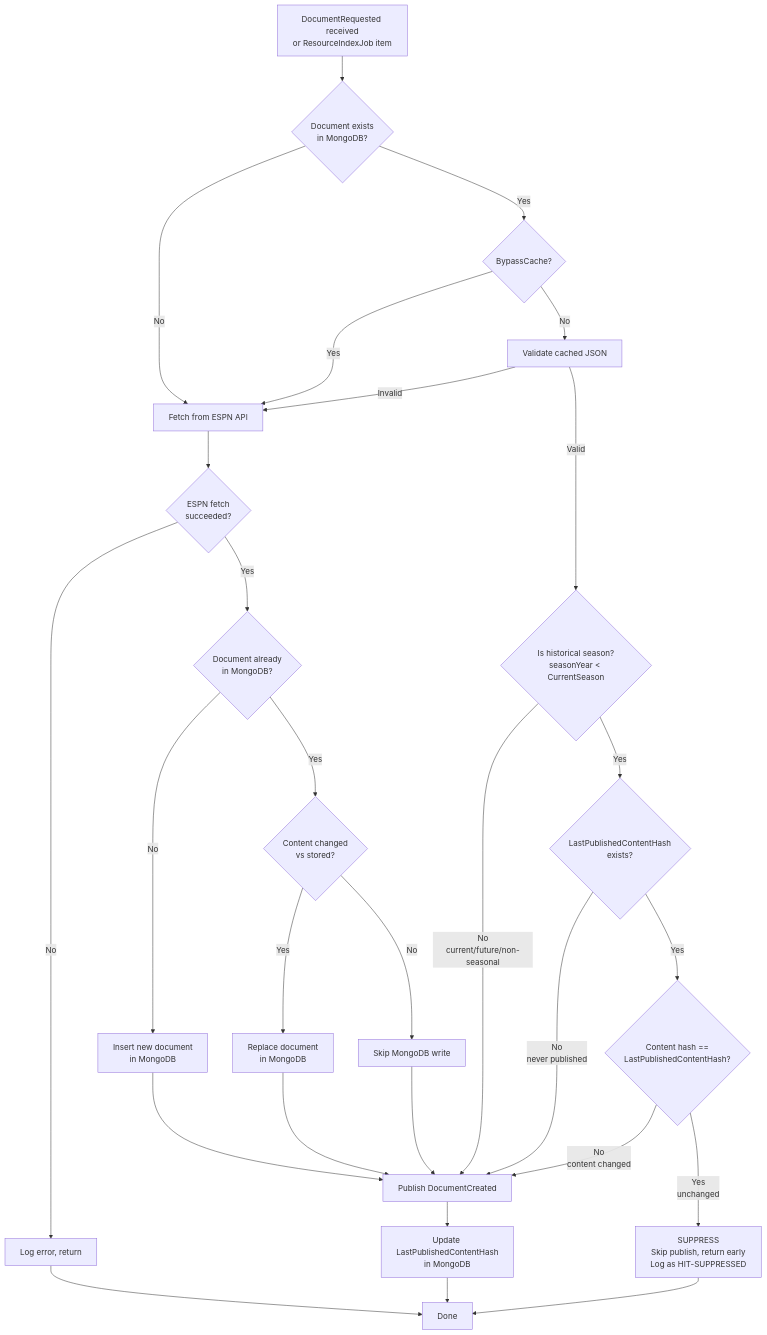
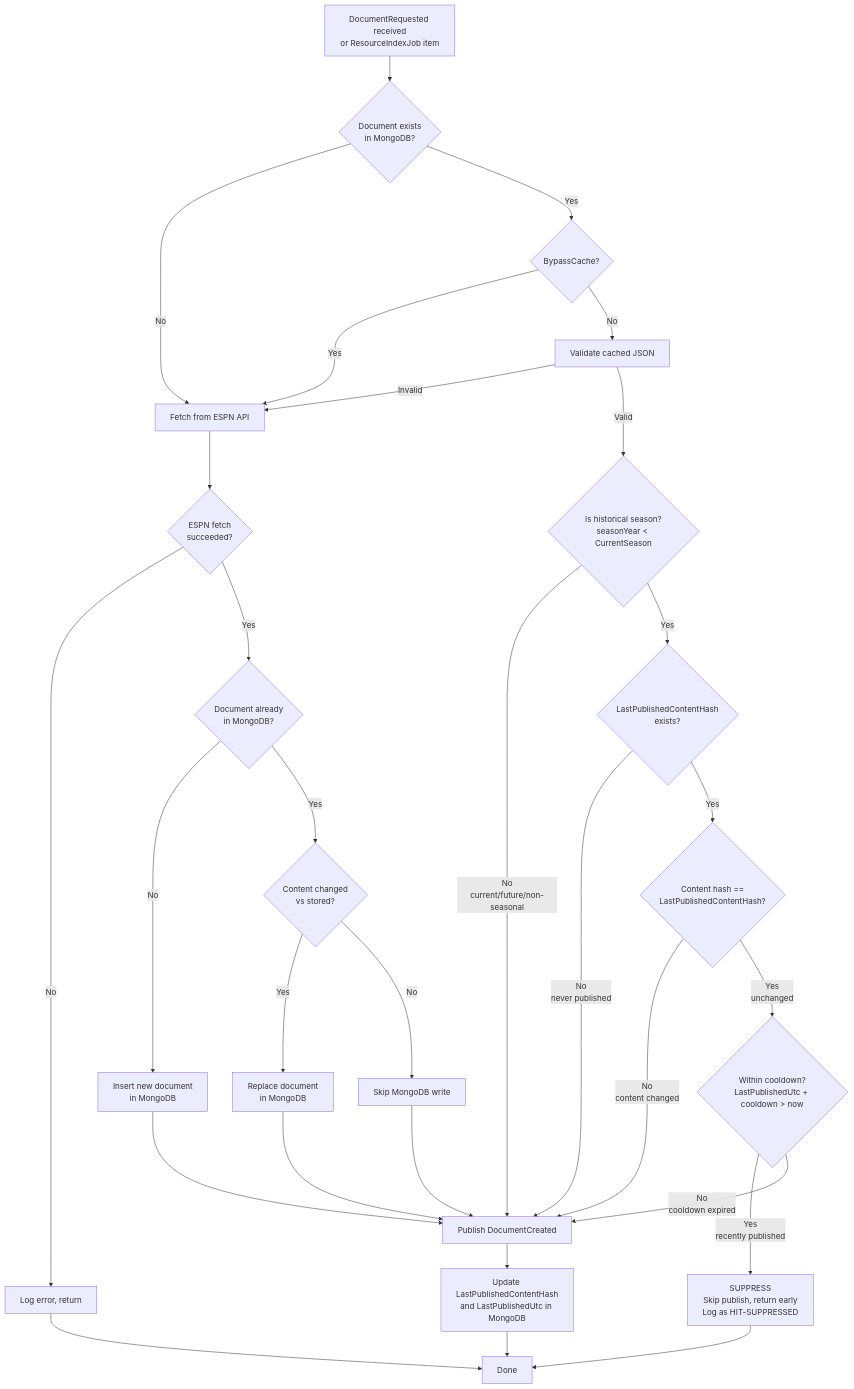
One commit to jrandallsexton/sports-data-core changed the diagram in docs/document-publish-suppression.md. Above: the diagram before and after it, drawn with Mermaid. The commit also changed other lines of this file and 15 other files, not shown here.

````diff
--- a/docs/document-publish-suppression.md
+++ b/docs/document-publish-suppression.md
@@ -31,41 +48,44 @@
 ```mermaid
 flowchart TD
     A[DocumentRequested received<br/>or ResourceIndexJob item] --> B{Document exists<br/>in MongoDB?}
 
     B -- No --> C[Fetch from ESPN API]
     B -- Yes --> D{BypassCache?}
 
     D -- Yes --> C
     D -- No --> E[Validate cached JSON]
 
     E -- Invalid --> C
     E -- Valid --> F{Is historical season?<br/>seasonYear < CurrentSeason}
 
     F -- No<br/>current/future/non-seasonal --> G[Publish DocumentCreated]
     F -- Yes --> H{LastPublishedContentHash<br/>exists?}
 
     H -- No<br/>never published --> G
     H -- Yes --> I{Content hash ==<br/>LastPublishedContentHash?}
 
     I -- No<br/>content changed --> G
-    I -- Yes<br/>unchanged --> J[SUPPRESS<br/>Skip publish, return early<br/>Log as HIT-SUPPRESSED]
+    I -- Yes<br/>unchanged --> IA{Within cooldown?<br/>LastPublishedUtc + cooldown > now}
+
+    IA -- Yes<br/>recently published --> J[SUPPRESS<br/>Skip publish, return early<br/>Log as HIT-SUPPRESSED]
+    IA -- No<br/>cooldown expired --> G
 
     C --> K{ESPN fetch<br/>succeeded?}
     K -- No --> L[Log error, return]
     K -- Yes --> M{Document already<br/>in MongoDB?}
 
     M -- No --> N[Insert new document<br/>in MongoDB]
     M -- Yes --> O{Content changed<br/>vs stored?}
 
     O -- Yes --> P[Replace document<br/>in MongoDB]
     O -- No --> Q[Skip MongoDB write]
 
     N --> G
     P --> G
     Q --> G
 
-    G --> R[Update LastPublishedContentHash<br/>in MongoDB]
+    G --> R[Update LastPublishedContentHash<br/>and LastPublishedUtc in MongoDB]
     R --> S[Done]
     J --> S
     L --> S
 ```
````
